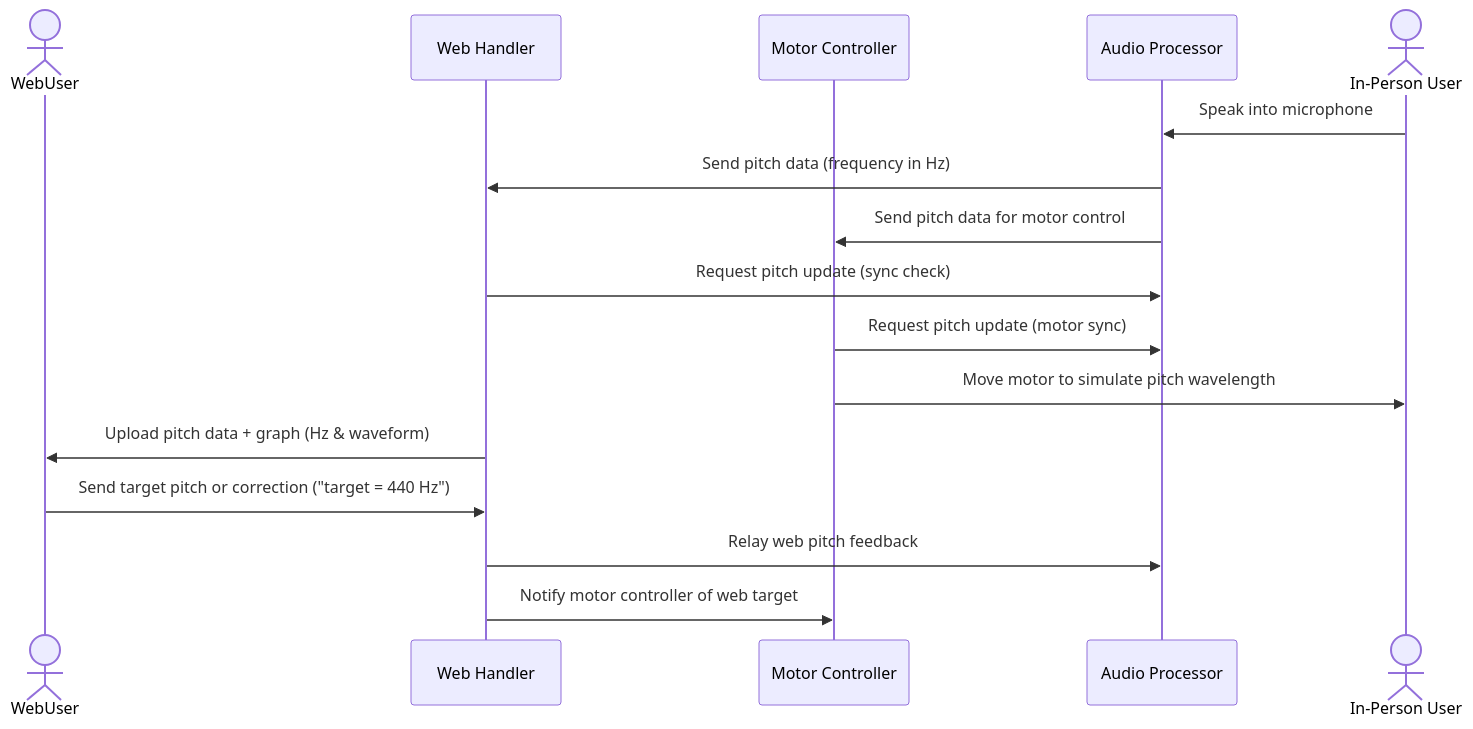
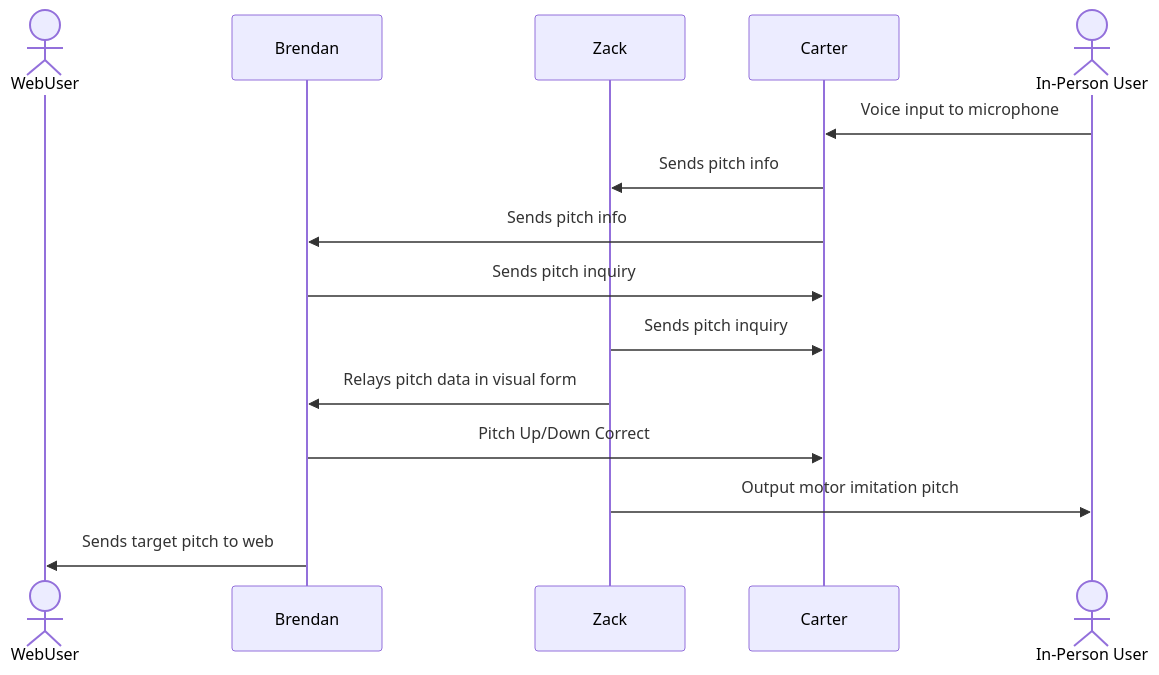
Before and after one commit to EGR314-2025-S-203/Team203.github.io: the diagram in docs/Block Diagram, Process Diagram, and Message Structure/Communication_Process.md, drawn with Mermaid.

````diff
--- a/docs/Block Diagram, Process Diagram, and Message Structure/Communication_Process.md
+++ b/docs/Block Diagram, Process Diagram, and Message Structure/Communication_Process.md
@@ -6,23 +6,20 @@
 ```mermaid
 
 sequenceDiagram
     actor W as WebUser
-    participant Brendan as Web Handler
-    participant Zack as Motor Controller
-    participant Carter as Audio Processor
-    actor I as In-Person User
+    participant Brendan
+    participant Zack
+    participant Carter
+  actor I as In-Person User
+    
+    I->>Carter: Voice input to microphone
+    Carter->>Zack: Sends pitch info
+    Carter->>Brendan: Sends pitch info
+    Brendan ->> Carter: Sends pitch inquiry
+    Zack->>Carter: Sends pitch inquiry
+    Zack->>Brendan: Relays pitch data in visual form
+    Brendan->>Carter: Pitch Up/Down Correct
+    Zack->>I: Output motor imitation pitch
 
-    %% In-Person Interaction
-    I->>Carter: Speak into microphone
-    Carter->>Brendan: Send pitch data (frequency in Hz)
-    Carter->>Zack: Send pitch data for motor control
-    Brendan->>Carter: Request pitch update (sync check)
-    Zack->>Carter: Request pitch update (motor sync)
-    Zack->>I: Move motor to simulate pitch wavelength
-
-    %% Web Sync
-    Brendan->>W: Upload pitch data + graph (Hz & waveform)
-    W->>Brendan: Send target pitch or correction ("target = 440 Hz")
-    Brendan->>Carter: Relay web pitch feedback
-    Brendan->>Zack: Notify motor controller of web target
+Brendan ->> W: Sends target pitch to web
 ``` 
````
